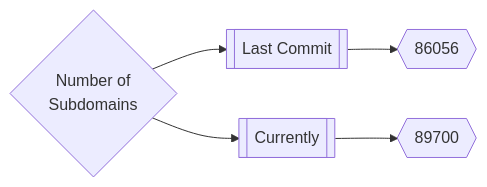
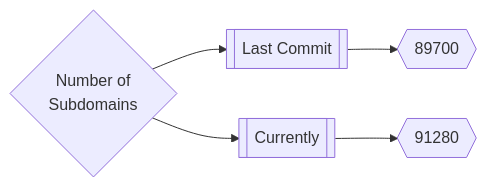
One commit to trickest/inventory changed the first of 3 diagrams in README.md. Above: the diagram before and after it, drawn with Mermaid. The commit also changed other lines of this file, not shown here.

Commit message:
Update Mon Mar  7 19:12:37 UTC 2022

````diff
--- a/README.md
+++ b/README.md
@@ -165,5 +165,5 @@
 ```mermaid
 graph LR
-title{Number of<br>Subdomains} --> subdomainsDate1[[Last Commit]] --> subdomainsNum1{{86056}}
-title --> subdomainsDate2[[Currently]] --> subdomainsNum2{{89700}}
+title{Number of<br>Subdomains} --> subdomainsDate1[[Last Commit]] --> subdomainsNum1{{89700}}
+title --> subdomainsDate2[[Currently]] --> subdomainsNum2{{91280}}
 ```
````
